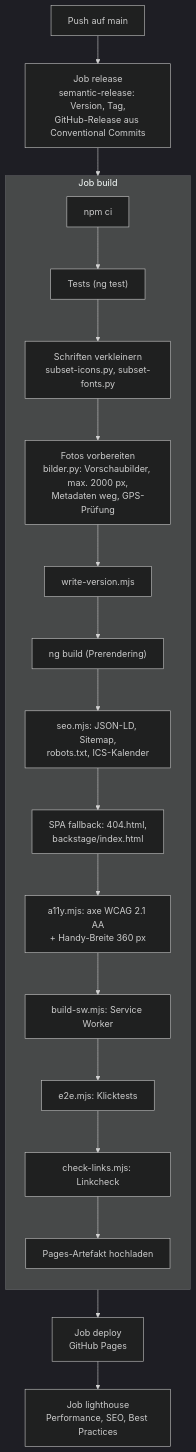
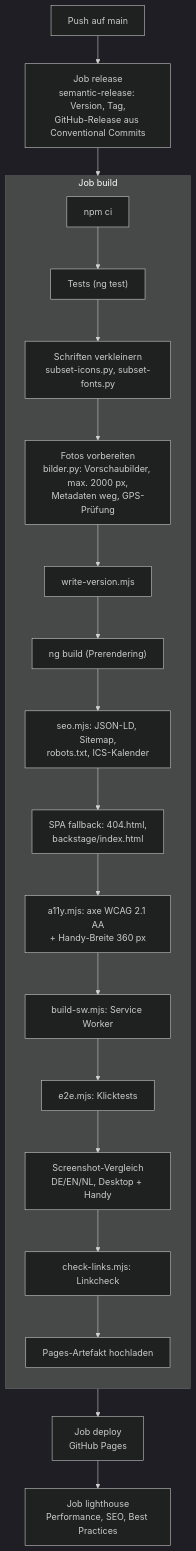
One commit to Jan-Frederic/Blickfeld-Nord changed diagram 12 of 14 in ARCHITECTURE.md. Above: the diagram before and after it, drawn with Mermaid (dark theme). The commit also changed other lines of this file and 12 other files, not shown here.

First line of the commit message:
ci: Screenshot-Vergleich vor jedem Deploy

````diff
--- a/ARCHITECTURE.md
+++ b/ARCHITECTURE.md
@@ -427,24 +427,25 @@
 ```mermaid
 flowchart TD
   PUSH["Push auf main"] --> REL["Job release<br/>semantic-release: Version, Tag,<br/>GitHub-Release aus Conventional Commits"]
   REL --> BUILD
 
   subgraph BUILD["Job build"]
     direction TB
     T1["npm ci"] --> T2["Tests (ng test)"]
     T2 --> F1["Schriften verkleinern<br/>subset-icons.py, subset-fonts.py"]
     F1 --> F2["Fotos vorbereiten<br/>bilder.py: Vorschaubilder, max. 2000 px,<br/>Metadaten weg, GPS-Prüfung"]
     F2 --> V["write-version.mjs"]
     V --> NG["ng build (Prerendering)"]
     NG --> SEO["seo.mjs: JSON-LD, Sitemap,<br/>robots.txt, ICS-Kalender"]
     SEO --> SPA["SPA fallback: 404.html,<br/>backstage/index.html"]
     SPA --> A11Y["a11y.mjs: axe WCAG 2.1 AA<br/>+ Handy-Breite 360 px"]
     A11Y --> SWB["build-sw.mjs: Service Worker"]
     SWB --> E2E["e2e.mjs: Klicktests"]
-    E2E --> LC["check-links.mjs: Linkcheck"]
+    E2E --> VIS["Screenshot-Vergleich<br/>DE/EN/NL, Desktop + Handy"]
+    VIS --> LC["check-links.mjs: Linkcheck"]
     LC --> UP["Pages-Artefakt hochladen"]
   end
 
   BUILD --> DEP["Job deploy<br/>GitHub Pages"]
   DEP --> LH["Job lighthouse<br/>Performance, SEO, Best Practices"]
 ```
````
